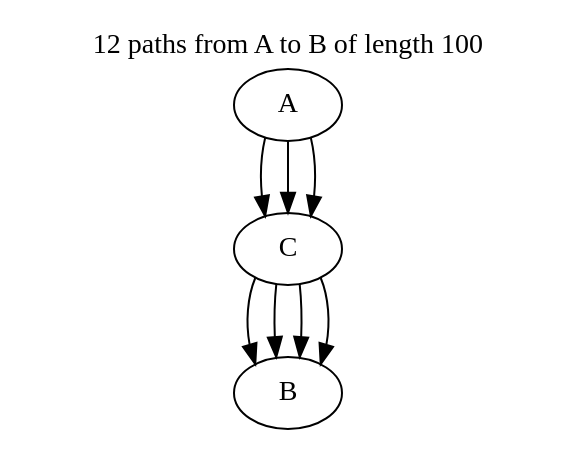
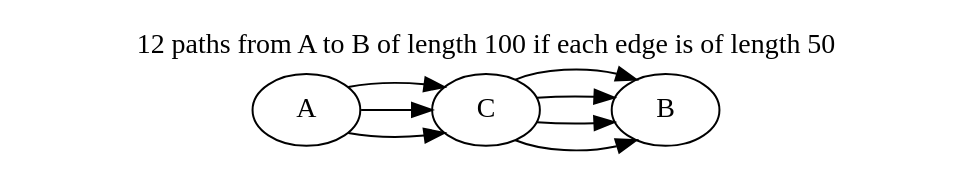
The third of 4 diagrams in walks.md (Chillee/chillee.github.io), drawn with Graphviz before and after one commit. The commit also changed other lines of this file and 2 other files, not shown here.

````diff
--- a/walks.md
+++ b/walks.md
@@ -111,13 +114,14 @@
-```dot
+```dot {align="center"}
 digraph G {
-    label = "12 paths from A to B of length 100"
+    label = "12 paths from A to B of length 100 if each edge is of length 50"
     labelloc=top
+    rankdir = "LR"
     A -> C
     A -> C
     A -> C
     C -> B
     C -> B
     C -> B
     C -> B
 }
 ```
````
